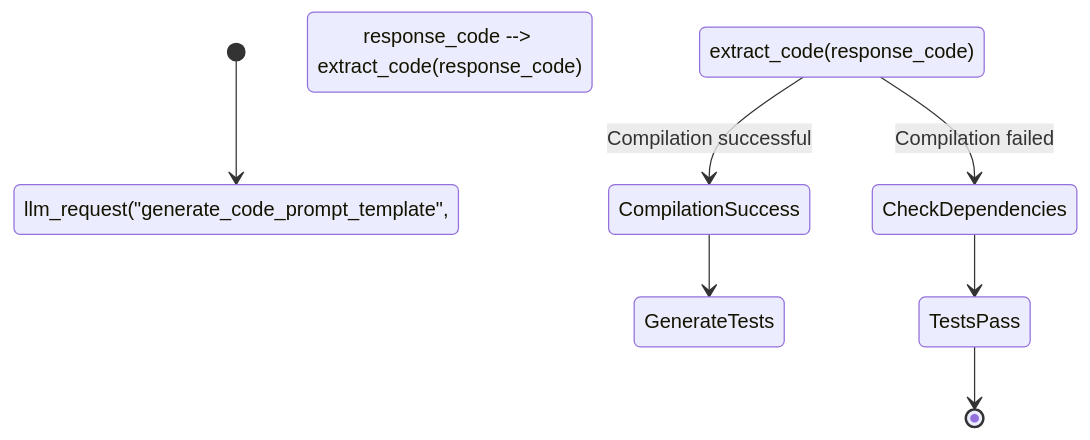
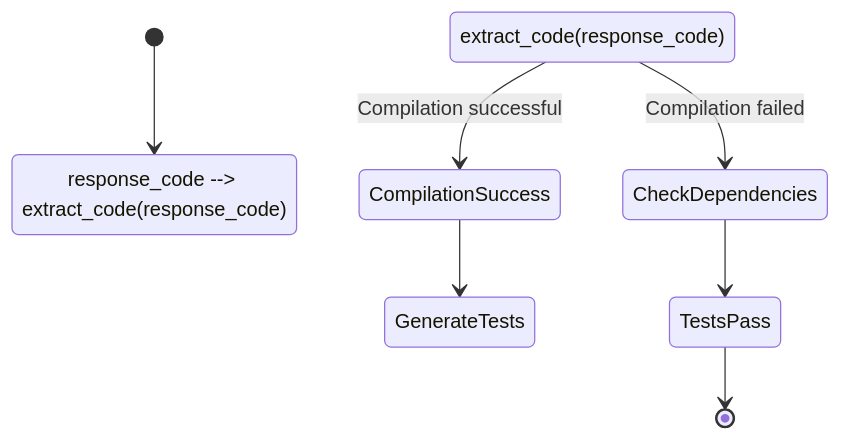
One commit to rizgan/LLM-Logic-Exec-Verify changed the diagram in state.md. Above: the diagram before and after it, drawn with Mermaid.

````diff
--- a/state.md
+++ b/state.md
@@ -1,10 +1,10 @@
 ```mermaid
 stateDiagram
-[*] --> llm_request("generate_code_prompt_template", question)
-llm_request("generate_code_prompt_template", question): response_code --> extract_code(response_code)
+[*] --> llm_request("generate_code_prompt_template",question)
+llm_request("generate_code_prompt_template",question): response_code --> extract_code(response_code)
 extract_code(response_code) --> CompilationSuccess : Compilation successful
 extract_code(response_code) --> CheckDependencies : Compilation failed
 CompilationSuccess --> GenerateTests
 CheckDependencies  --> TestsPass
 TestsPass --> [*]
 ```
````
